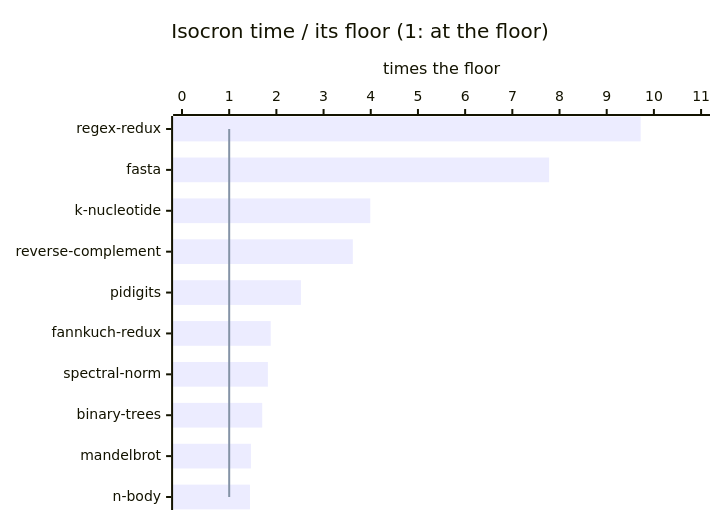
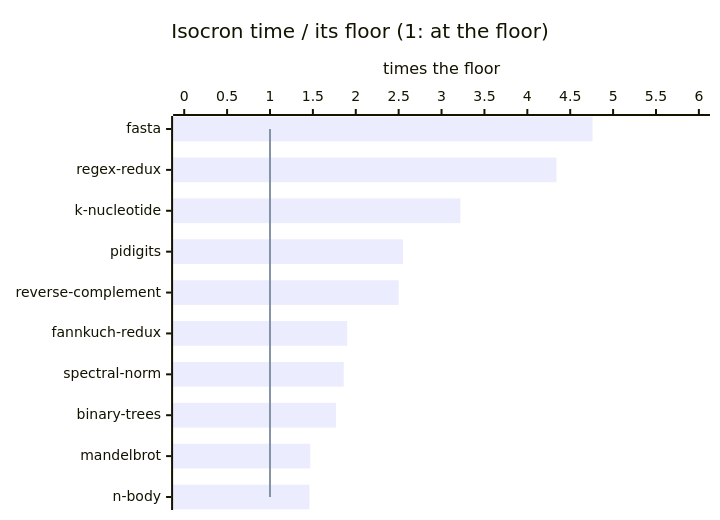
The diagram in results/floors.md (jbillard/isocron), drawn with Mermaid before and after one commit. The commit also changed other lines of this file and 6 other files, not shown here.

````diff
--- a/results/floors.md
+++ b/results/floors.md
@@ -36,8 +36,8 @@
 ```mermaid
 xychart-beta horizontal
     title "Isocron time / its floor (1: at the floor)"
-    x-axis ["regex-redux", "fasta", "k-nucleotide", "reverse-complement", "pidigits", "fannkuch-redux", "spectral-norm", "binary-trees", "mandelbrot", "n-body"]
-    y-axis "times the floor" 0 --> 11
-    bar [9.72, 7.78, 3.99, 3.62, 2.52, 1.88, 1.82, 1.70, 1.46, 1.44]
+    x-axis ["fasta", "regex-redux", "k-nucleotide", "pidigits", "reverse-complement", "fannkuch-redux", "spectral-norm", "binary-trees", "mandelbrot", "n-body"]
+    y-axis "times the floor" 0 --> 6
+    bar [4.76, 4.34, 3.22, 2.55, 2.50, 1.90, 1.86, 1.77, 1.47, 1.46]
     line [1.00, 1.00, 1.00, 1.00, 1.00, 1.00, 1.00, 1.00, 1.00, 1.00]
 ```
````
